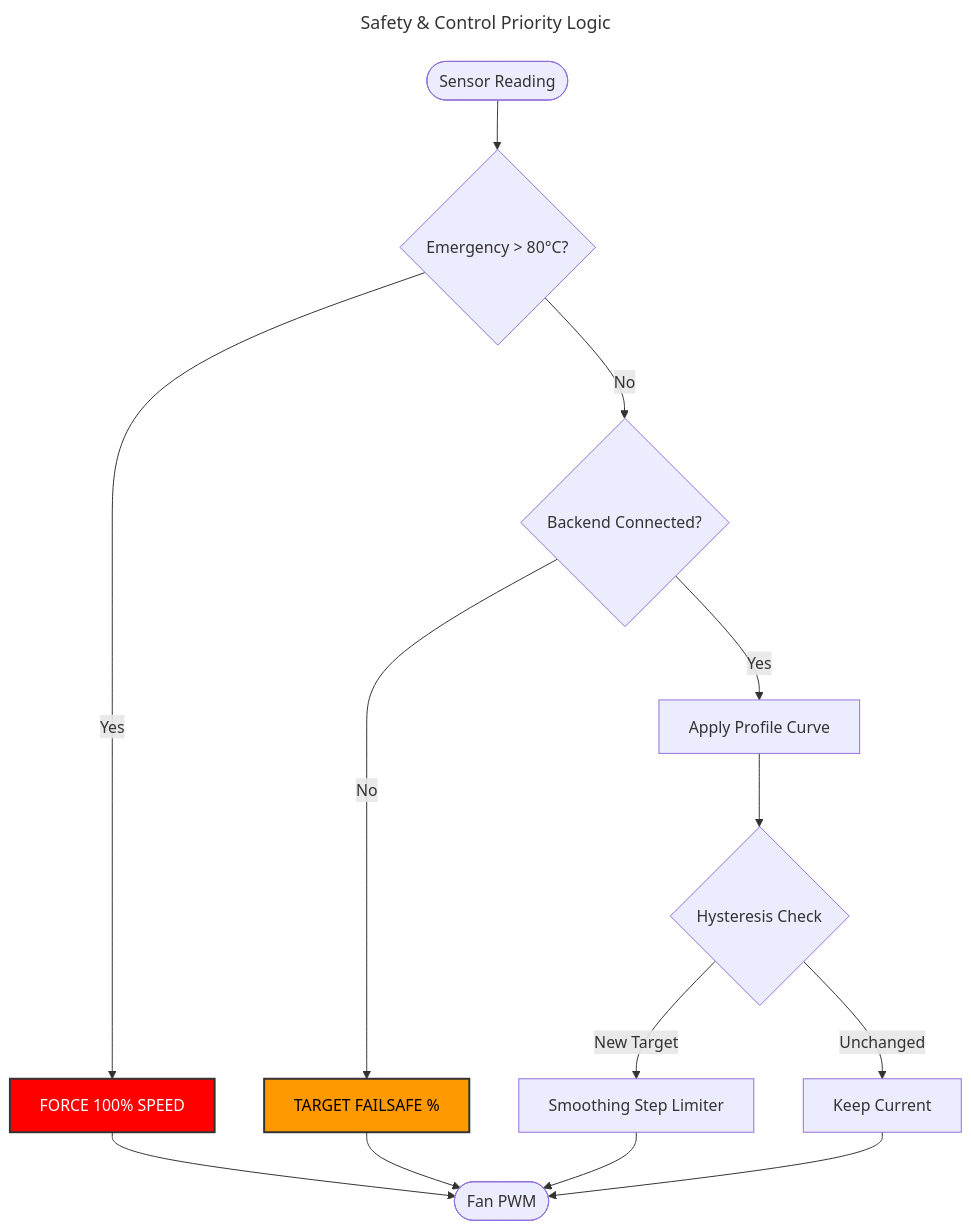
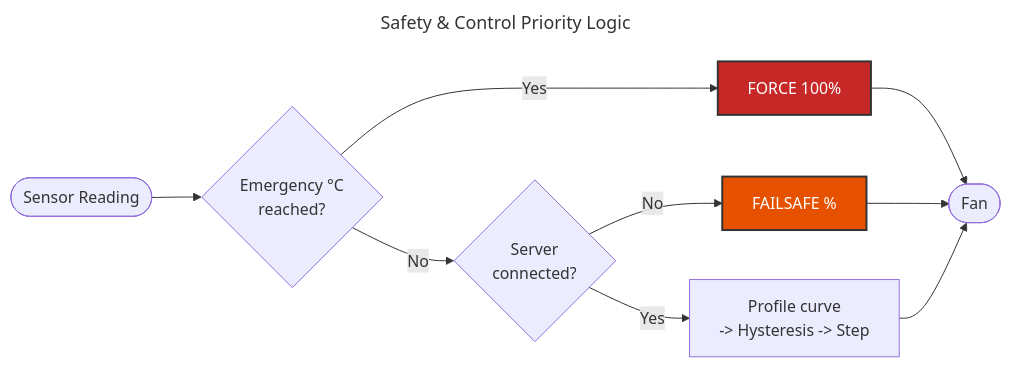
One commit to Anexgohan/pankha changed the first of 4 diagrams in documentation/public/wiki/Agents-Advanced-Settings.md. Above: the diagram before and after it, drawn with Mermaid. The commit also changed other lines of this file and 17 other files, not shown here.

````diff
--- a/documentation/public/wiki/Agents-Advanced-Settings.md
+++ b/documentation/public/wiki/Agents-Advanced-Settings.md
@@ -5,25 +5,15 @@
 ```mermaid
 ---
 title: Safety & Control Priority Logic
 ---
-graph TD
-    Sensor([Sensor Reading]) --> CheckEmerg{Emergency > 80°C?}
-    
-    CheckEmerg -->|Yes| ForceMax[FORCE 100% SPEED]
-    CheckEmerg -->|No| CheckConn{Backend Connected?}
-    
-    CheckConn -->|No| Failsafe[TARGET FAILSAFE %]
-    CheckConn -->|Yes| Profile[Apply Profile Curve]
-    
-    Profile --> Hysteresis{Hysteresis Check}
-    Hysteresis -->|Unchanged| Keep[Keep Current]
-    Hysteresis -->|New Target| Smooth[Smoothing Step Limiter]
-    
-    ForceMax --> Fan([Fan PWM])
-    Failsafe --> Fan
-    Smooth --> Fan
-    Keep --> Fan
-    
-    style ForceMax fill:#ff0000,stroke:#333,stroke-width:2px,color:#fff
-    style Failsafe fill:#ff9900,stroke:#333,stroke-width:2px,color:#000
+graph LR
+    Sensor([Sensor Reading]) --> CheckEmerg{Emergency °C<br/>reached?}
+    CheckEmerg -->|Yes| ForceMax[FORCE 100%]
+    CheckEmerg -->|No| CheckConn{Server<br/>connected?}
+    CheckConn -->|No| Failsafe[FAILSAFE %]
+    CheckConn -->|Yes| Profile["Profile curve<br/>-> Hysteresis -> Step"]
+    ForceMax & Failsafe & Profile --> Fan([Fan])
+
+    style ForceMax fill:#c62828,stroke:#333,stroke-width:2px,color:#fff
+    style Failsafe fill:#e65100,stroke:#333,stroke-width:2px,color:#fff
 ```
````
